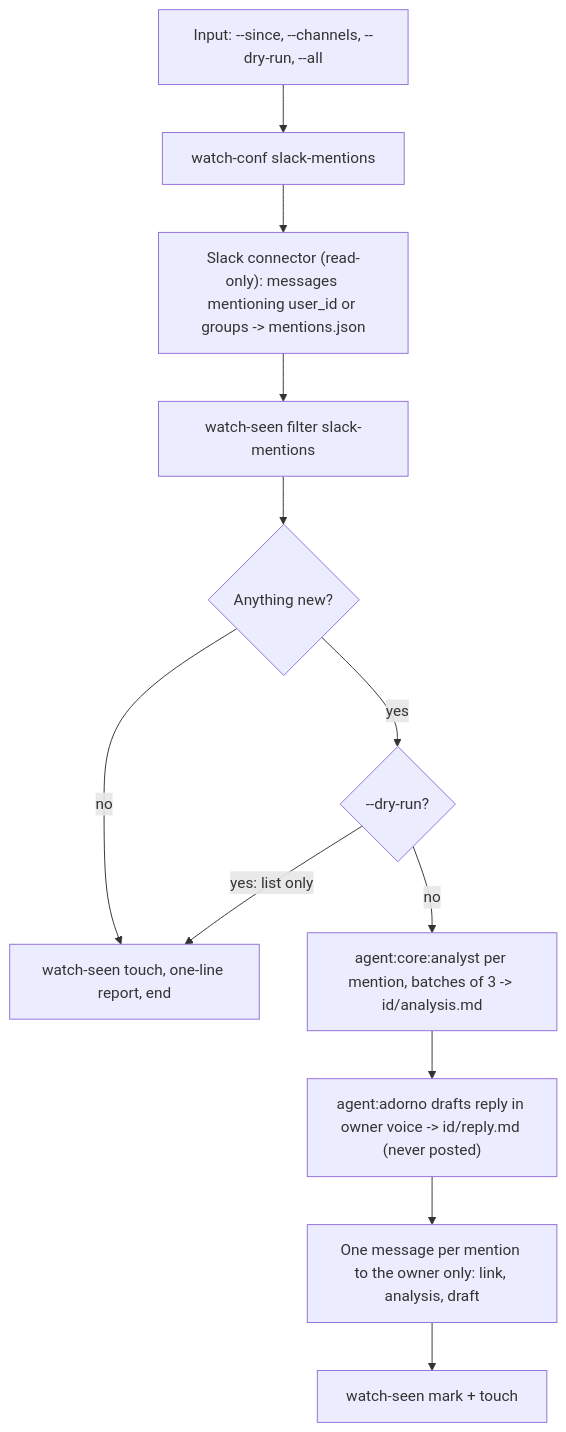
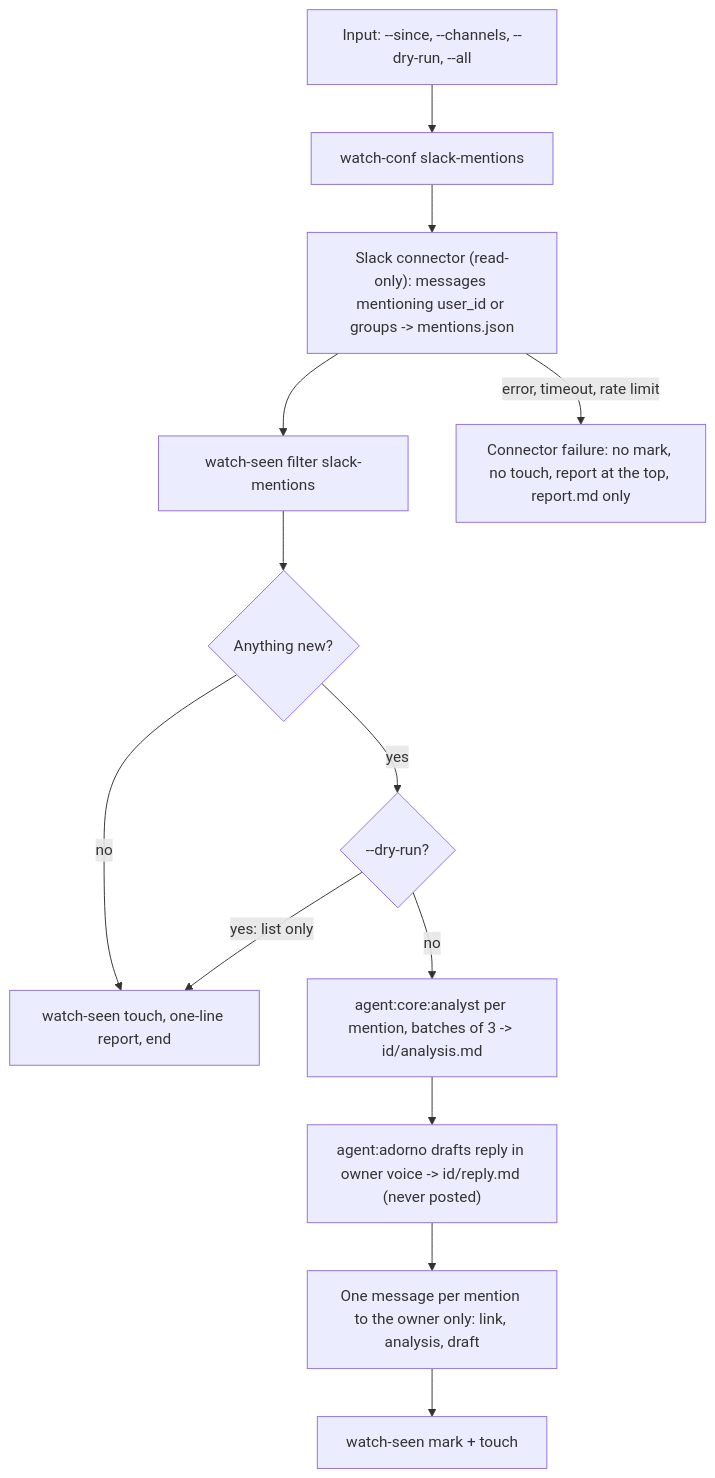
The first of 2 diagrams in src/workflows/slack/SCHEMA.md (nicolasmondain/adorno), drawn with Mermaid before and after one commit. The commit also changed other lines of this file and 24 other files, not shown here.

````diff
--- a/src/workflows/slack/SCHEMA.md
+++ b/src/workflows/slack/SCHEMA.md
@@ -5,19 +5,21 @@
 ```mermaid
 flowchart TD
   IN["Input: --since, --channels, --dry-run, --all"]
   CF["watch-conf slack-mentions"]
   SE["Slack connector (read-only): messages mentioning user_id or groups -> mentions.json"]
   FL["watch-seen filter slack-mentions"]
   EM{"Anything new?"}
   TC["watch-seen touch, one-line report, end"]
   DRY{"--dry-run?"}
   AN["agent:core:analyst per mention, batches of 3 -> id/analysis.md"]
   RP["agent:adorno drafts reply in owner voice -> id/reply.md (never posted)"]
   SD["One message per mention to the owner only: link, analysis, draft"]
   MK["watch-seen mark + touch"]
+  FAIL["Connector failure: no mark, no touch, report at the top, report.md only"]
   IN --> CF --> SE --> FL --> EM
+  SE -->|"error, timeout, rate limit"| FAIL
   EM -->|"no"| TC
   EM -->|"yes"| DRY
   DRY -->|"yes: list only"| TC
   DRY -->|"no"| AN --> RP --> SD --> MK
 ```
````
